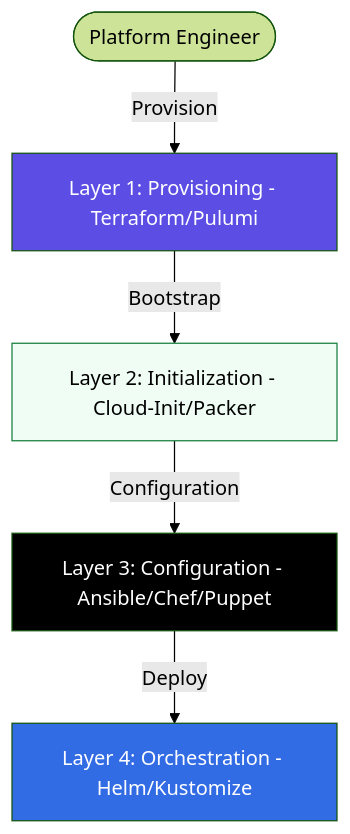
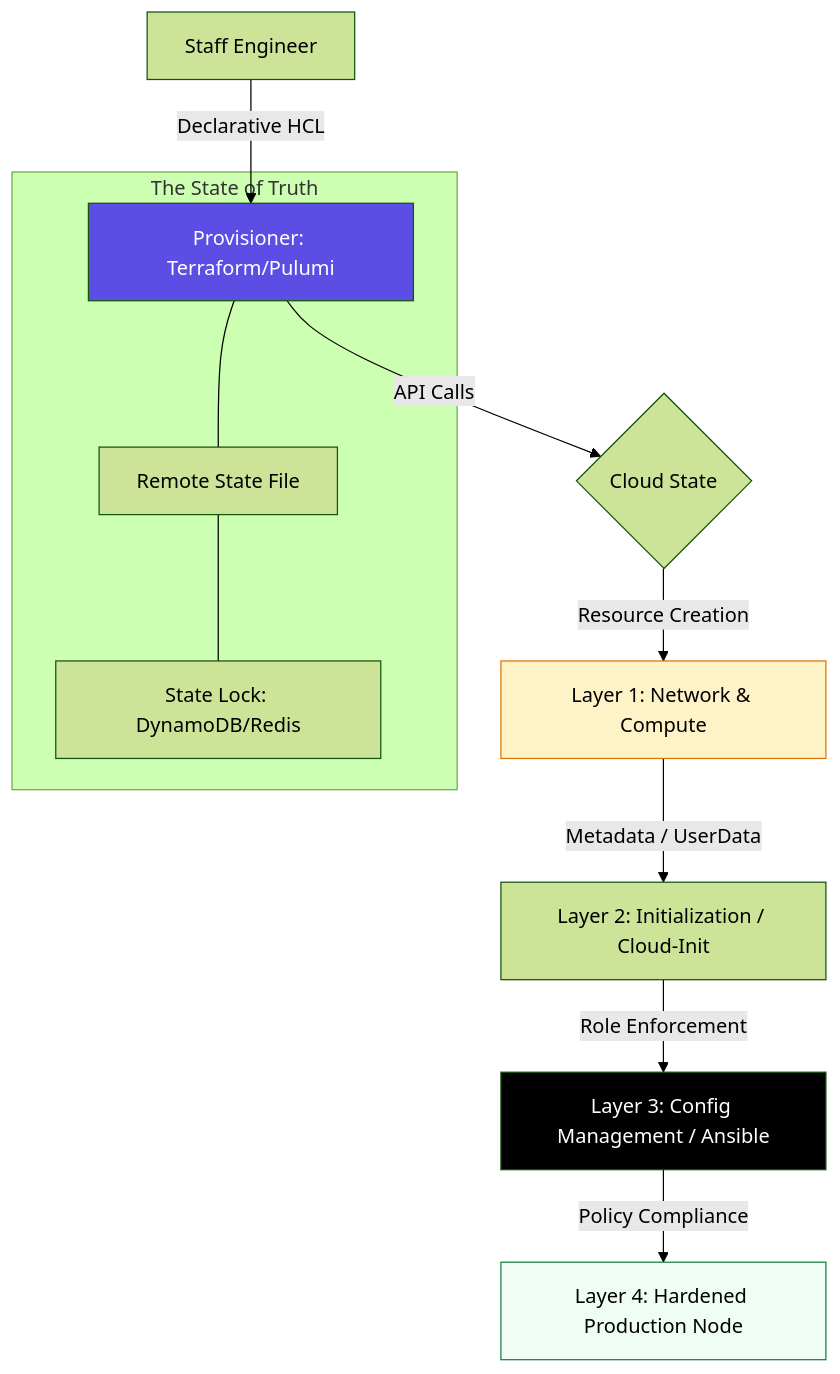
One commit to Ganil151/Devops changed the diagram in 2-Intermediate/02-Phase-2/01-Infrastructure-Automation/02-Config-Management/README.md. Above: the diagram before and after it, drawn with Mermaid (forest theme). The commit also changed other lines of this file and 281 other files, not shown here.

````diff
--- a/2-Intermediate/02-Phase-2/01-Infrastructure-Automation/02-Config-Management/README.md
+++ b/2-Intermediate/02-Phase-2/01-Infrastructure-Automation/02-Config-Management/README.md
@@ -28,12 +13,19 @@
 ```mermaid
 graph TD
-    User([Platform Engineer]) -->|Provision| TF[Layer 1: Provisioning - Terraform/Pulumi]
-    TF -->|Bootstrap| CI[Layer 2: Initialization - Cloud-Init/Packer]
-    CI -->|Configuration| AN[Layer 3: Configuration - Ansible/Chef/Puppet]
-    AN -->|Deploy| K8s[Layer 4: Orchestration - Helm/Kustomize]
+    A[Staff Engineer] -- Declarative HCL --> B[Provisioner: Terraform/Pulumi]
+    B -- API Calls --> C{Cloud State}
+    C -- Resource Creation --> D[Layer 1: Network & Compute]
+    D -- Metadata / UserData --> E[Layer 2: Initialization / Cloud-Init]
+    E -- Role Enforcement --> F[Layer 3: Config Management / Ansible]
+    F -- Policy Compliance --> G[Layer 4: Hardened Production Node]
     
-    style TF fill:#5c4ee5,color:#fff
-    style CI fill:#f0fdf4,stroke:#15803d
-    style AN fill:#000,color:#fff
-    style K8s fill:#326ce5,color:#fff
+    subgraph Governance_Model[The State of Truth]
+        B --- H[Remote State File]
+        H --- I[State Lock: DynamoDB/Redis]
+    end
+    
+    style B fill:#5c4ee5,color:#fff
+    style D fill:#fef3c7,stroke:#d97706
+    style F fill:#000,color:#fff
+    style G fill:#f0fdf4,stroke:#15803d
 ```
````
